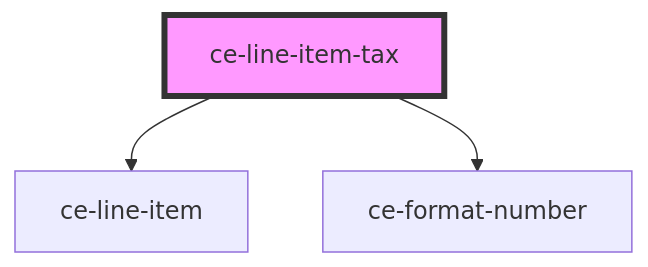
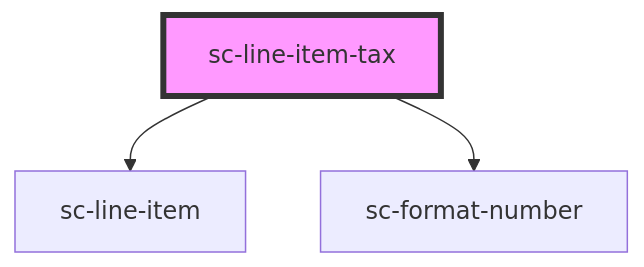
The diagram in packages/components/src/components/controllers/checkout-form/line-item-tax/readme.md (surecart/surecart-wp-plugin), drawn with Mermaid before and after one commit. The commit also changed other lines of this file and 1281 other files, not shown here.

````diff
--- a/packages/components/src/components/controllers/checkout-form/line-item-tax/readme.md
+++ b/packages/components/src/components/controllers/checkout-form/line-item-tax/readme.md
@@ -24,6 +24,6 @@
 ```mermaid
 graph TD;
-  ce-line-item-tax --> ce-line-item
-  ce-line-item-tax --> ce-format-number
-  style ce-line-item-tax fill:#f9f,stroke:#333,stroke-width:4px
+  sc-line-item-tax --> sc-line-item
+  sc-line-item-tax --> sc-format-number
+  style sc-line-item-tax fill:#f9f,stroke:#333,stroke-width:4px
 ```
````
